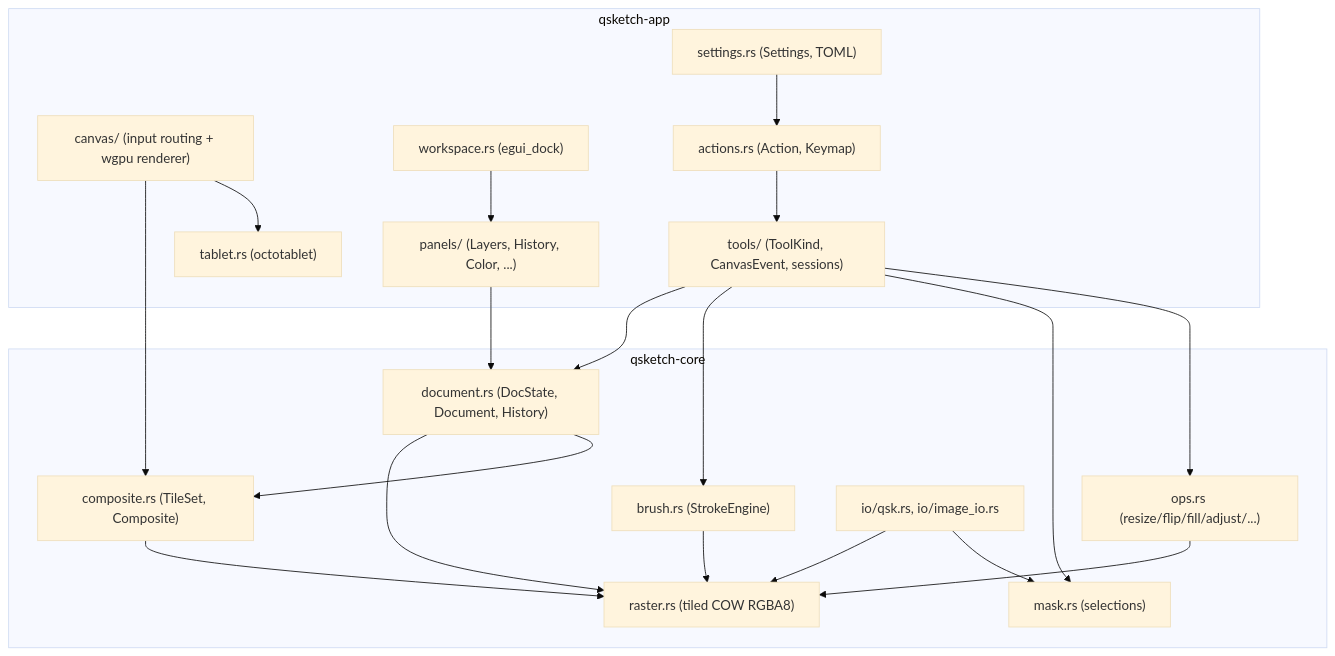
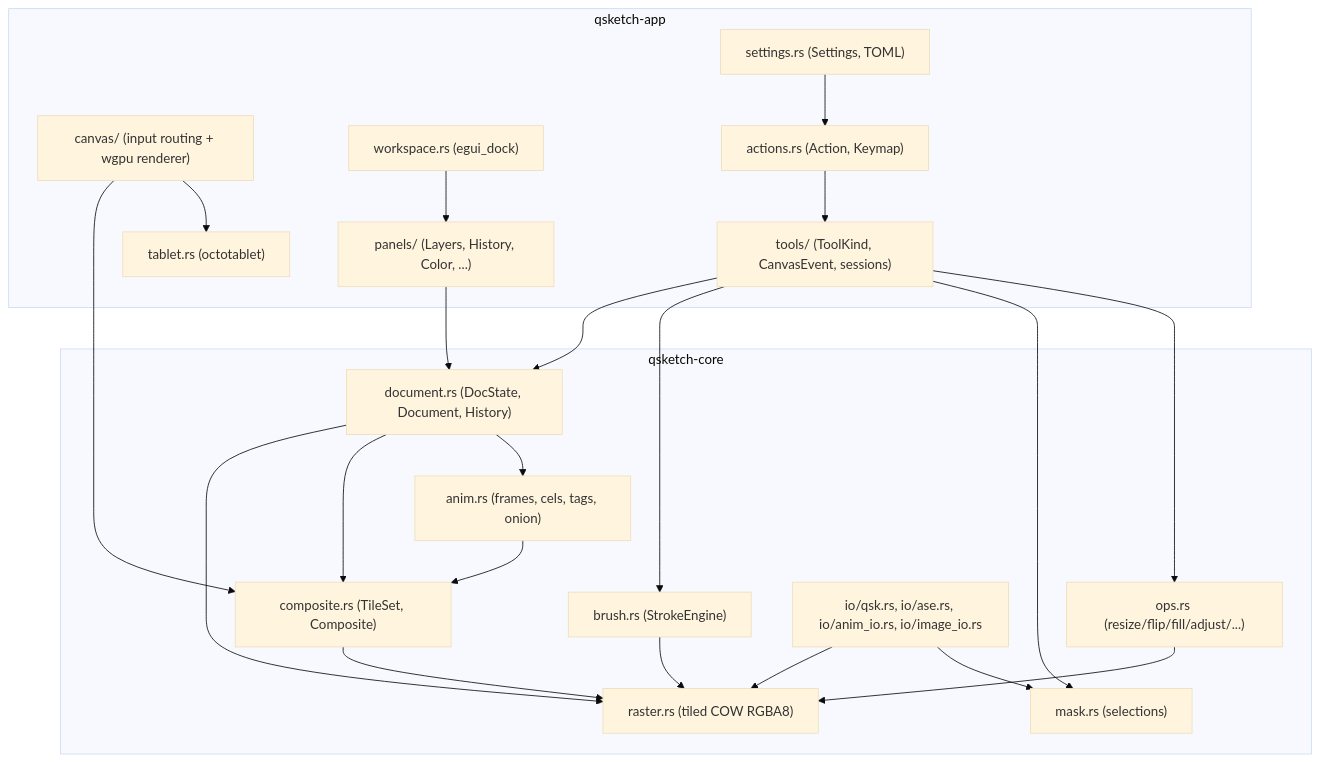
Before and after one commit to Cabbit-Labs/qsketch: the first of 3 diagrams in docs/ARCHITECTURE.md, drawn with Mermaid (base theme). The commit also changed other lines of this file and 38 other files, not shown here.

Commit message:
Animation: frames, cels, tags, onion skins, Timeline panel, full Aseprite round trip, animation import/export

````diff
--- a/docs/ARCHITECTURE.md
+++ b/docs/ARCHITECTURE.md
@@ -25,38 +25,41 @@
 ```mermaid
 graph TD
     subgraph qsketch-app
         Tools["tools/ (ToolKind, CanvasEvent, sessions)"]
         Canvas["canvas/ (input routing + wgpu renderer)"]
         Panels["panels/ (Layers, History, Color, ...)"]
         Workspace["workspace.rs (egui_dock)"]
         Actions["actions.rs (Action, Keymap)"]
         Settings["settings.rs (Settings, TOML)"]
         Tablet["tablet.rs (octotablet)"]
     end
     subgraph qsketch-core
         Document["document.rs (DocState, Document, History)"]
         Raster["raster.rs (tiled COW RGBA8)"]
         Brush["brush.rs (StrokeEngine)"]
         Composite["composite.rs (TileSet, Composite)"]
         Mask["mask.rs (selections)"]
         Ops["ops.rs (resize/flip/fill/adjust/...)"]
-        Io["io/qsk.rs, io/image_io.rs"]
+        Anim["anim.rs (frames, cels, tags, onion)"]
+        Io["io/qsk.rs, io/ase.rs, io/anim_io.rs, io/image_io.rs"]
     end
     Tools --> Document
     Tools --> Brush
     Tools --> Mask
     Tools --> Ops
     Canvas --> Composite
     Canvas --> Tablet
     Panels --> Document
     Workspace --> Panels
     Actions --> Tools
     Settings --> Actions
     Document --> Raster
     Document --> Composite
+    Document --> Anim
+    Anim --> Composite
     Composite --> Raster
     Brush --> Raster
     Ops --> Raster
     Io --> Raster
     Io --> Mask
 ```
````
